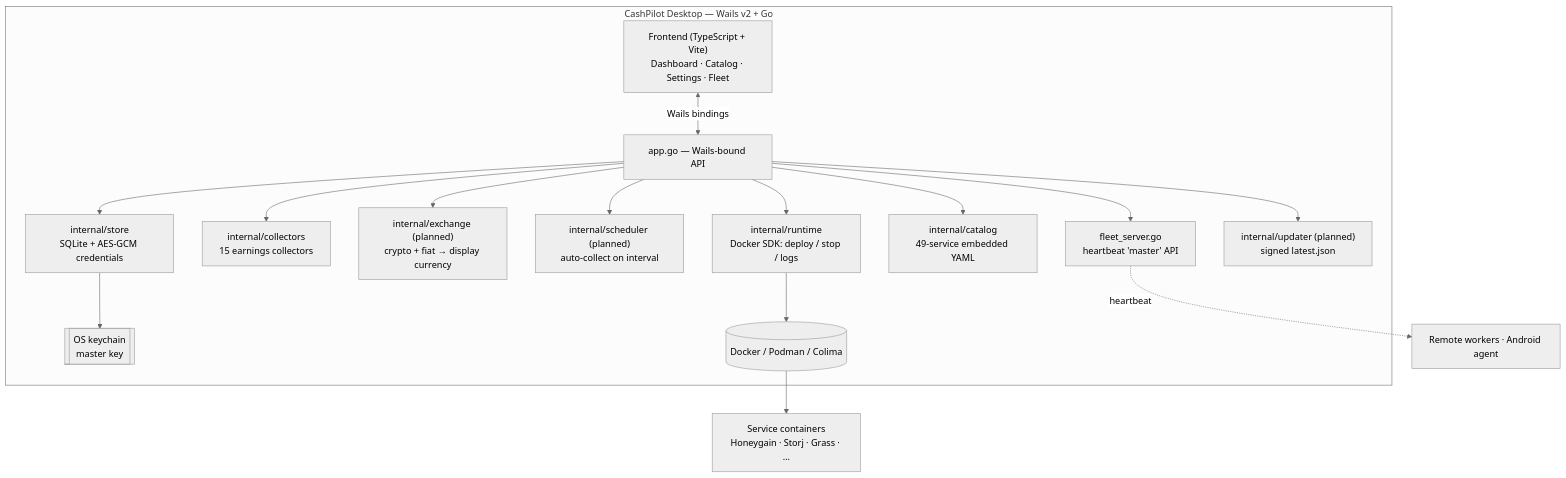
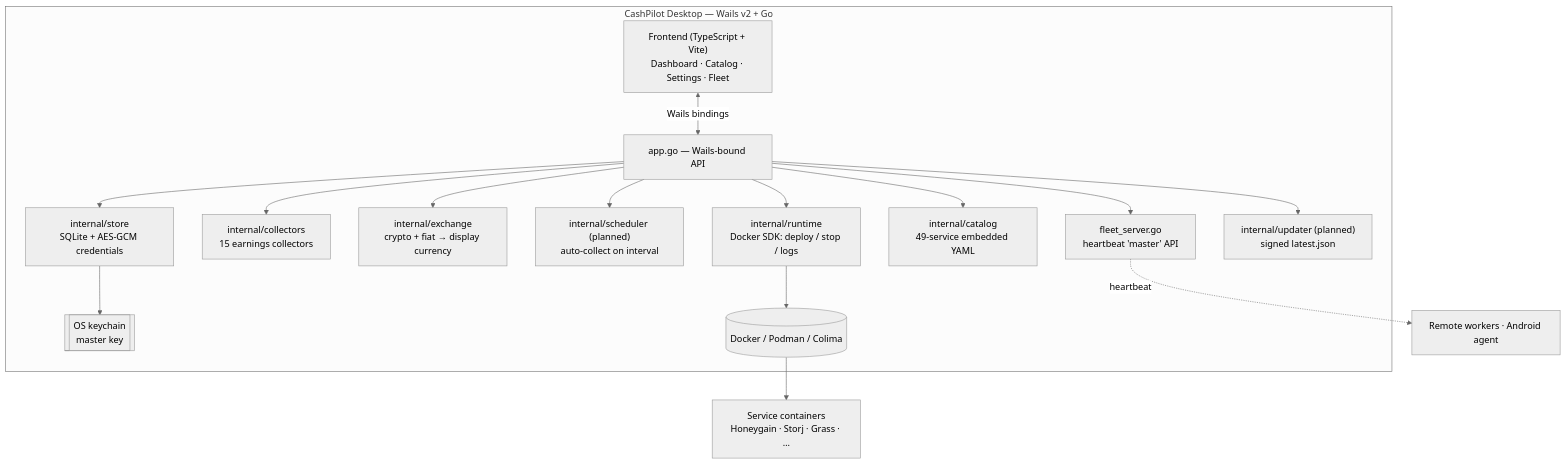
The diagram in docs/desktop-master-plan.md (GeiserX/CashPilot-Desktop), drawn with Mermaid (neutral theme) before and after one commit. The commit also changed 3 other files, not shown here.

````diff
--- a/docs/desktop-master-plan.md
+++ b/docs/desktop-master-plan.md
@@ -32,20 +32,20 @@
 ```mermaid
 flowchart TB
   subgraph Desktop["CashPilot Desktop — Wails v2 + Go"]
     UI["Frontend (TypeScript + Vite)\nDashboard · Catalog · Settings · Fleet"]
     App["app.go — Wails-bound API"]
     UI <-->|Wails bindings| App
     App --> RT["internal/runtime\nDocker SDK: deploy / stop / logs"]
     App --> COL["internal/collectors\n15 earnings collectors"]
-    App --> FX["internal/exchange (planned)\ncrypto + fiat → display currency"]
+    App --> FX["internal/exchange\ncrypto + fiat → display currency"]
     App --> SCH["internal/scheduler (planned)\nauto-collect on interval"]
     App --> STORE["internal/store\nSQLite + AES-GCM credentials"]
     App --> CAT["internal/catalog\n49-service embedded YAML"]
     App --> FS["fleet_server.go\nheartbeat 'master' API"]
     App --> UPD["internal/updater (planned)\nsigned latest.json"]
     STORE --> KEY[["OS keychain\nmaster key"]]
     RT --> RUNTIME[("Docker / Podman / Colima")]
   end
   RUNTIME --> SVCS["Service containers\nHoneygain · Storj · Grass · …"]
   FS -.heartbeat.-> WORKERS["Remote workers · Android agent"]
 ```
````
